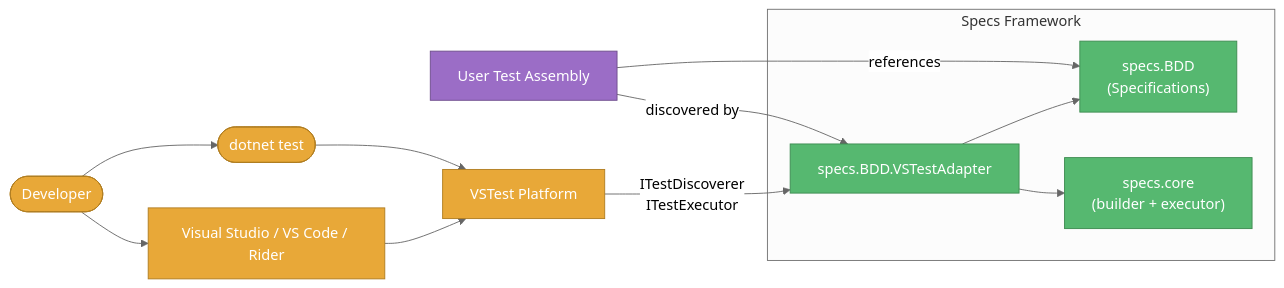
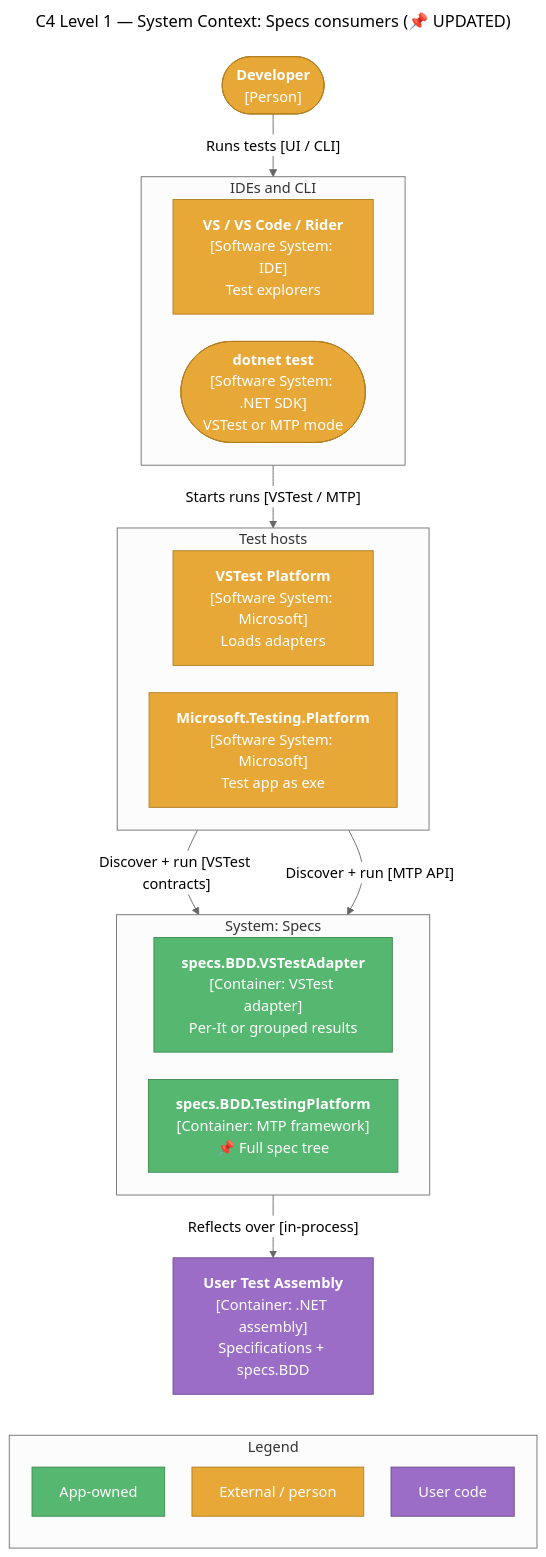
One commit to yozepi/Specs changed the first of 2 diagrams in memory-bank/productContext.md. Above: the diagram before and after it, drawn with Mermaid. The commit also changed other lines of this file and 103 other files, not shown here.

First line of the commit message:
Add Microsoft.Testing.Platform runner for Specs (#3)

````diff
--- a/memory-bank/productContext.md
+++ b/memory-bank/productContext.md
@@ -16,30 +16,47 @@
 ```mermaid
-%%{init: {'theme': 'neutral'}}%%
-flowchart LR
-    Dev(["Developer"]):::external
-    IDE["Visual Studio / VS Code / Rider"]:::external
-    CLI(["dotnet test"]):::external
-    VST["VSTest Platform"]:::external
+---
+title: "C4 Level 1 — System Context: Specs consumers (📌 UPDATED)"
+---
+%%{init: {'theme': 'neutral', 'flowchart': {'nodeSpacing': 30, 'rankSpacing': 45, 'wrappingWidth': 160}}}%%
+flowchart TD
+    Dev(["<b>Developer</b><br/>[Person]"]):::external
 
-    subgraph Specs["Specs Framework"]
-        ADP["specs.BDD.VSTestAdapter"]:::app
-        BDD["specs.BDD<br/>(Specifications)"]:::app
-        CORE["specs.core<br/>(builder + executor)"]:::app
+    subgraph TOOLS["IDEs and CLI"]
+        direction LR
+        IDE["<b>VS / VS Code / Rider</b><br/>[Software System: IDE]<br/>Test explorers"]:::external
+        CLI(["<b>dotnet test</b><br/>[Software System: .NET SDK]<br/>VSTest or MTP mode"]):::external
     end
 
-    UTest["User Test Assembly"]:::data
+    subgraph HOSTS["Test hosts"]
+        direction LR
+        VST["<b>VSTest Platform</b><br/>[Software System: Microsoft]<br/>Loads adapters"]:::external
+        MTP["<b>Microsoft.Testing.Platform</b><br/>[Software System: Microsoft]<br/>Test app as exe"]:::external
+    end
 
-    Dev --> IDE
-    Dev --> CLI
-    IDE --> VST
-    CLI --> VST
-    VST -->|"ITestDiscoverer<br/>ITestExecutor"| ADP
-    ADP --> BDD
-    ADP --> CORE
-    UTest -->|"references"| BDD
-    UTest -->|"discovered by"| ADP
+    subgraph Specs["System: Specs"]
+        direction LR
+        ADP["<b>specs.BDD.VSTestAdapter</b><br/>[Container: VSTest adapter]<br/>Per-It or grouped results"]:::app
+        TP["<b>specs.BDD.TestingPlatform</b><br/>[Container: MTP framework]<br/>📌 Full spec tree"]:::app
+    end
+
+    UTest["<b>User Test Assembly</b><br/>[Container: .NET assembly]<br/>Specifications + specs.BDD"]:::data
+
+    Dev -->|"Runs tests [UI / CLI]"| TOOLS
+    TOOLS -->|"Starts runs [VSTest / MTP]"| HOSTS
+    VST -->|"Discover + run [VSTest contracts]"| ADP
+    MTP -->|"Discover + run [MTP API]"| TP
+    Specs -->|"Reflects over [in-process]"| UTest
+
+    subgraph LEGEND["Legend"]
+        direction TB
+        L1["App-owned"]:::app
+        L2["External / person"]:::external
+        L3["User code"]:::data
+    end
+
+    UTest ~~~ LEGEND
 
     classDef external fill:#E8A838,stroke:#B07D20,color:#fff
     classDef app fill:#56B870,stroke:#3D8B50,color:#fff
     classDef data fill:#9B6DC6,stroke:#6E4D8C,color:#fff
 ```
````
